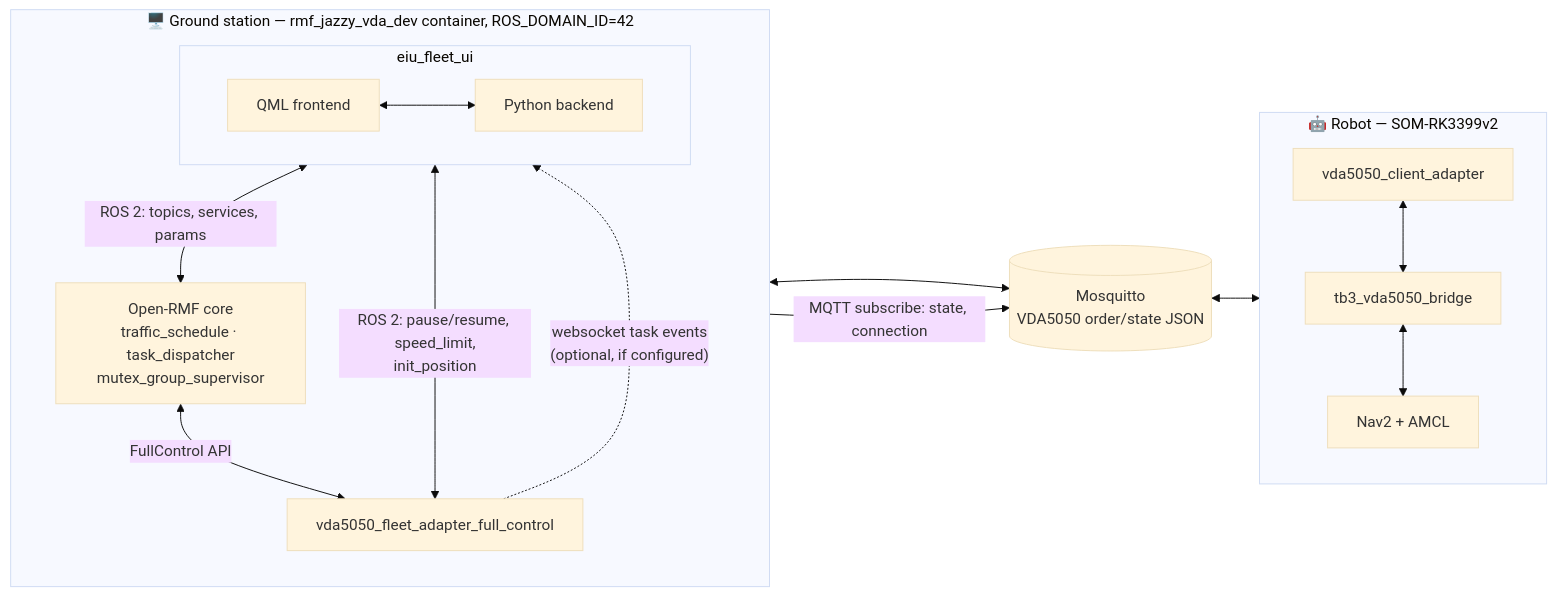
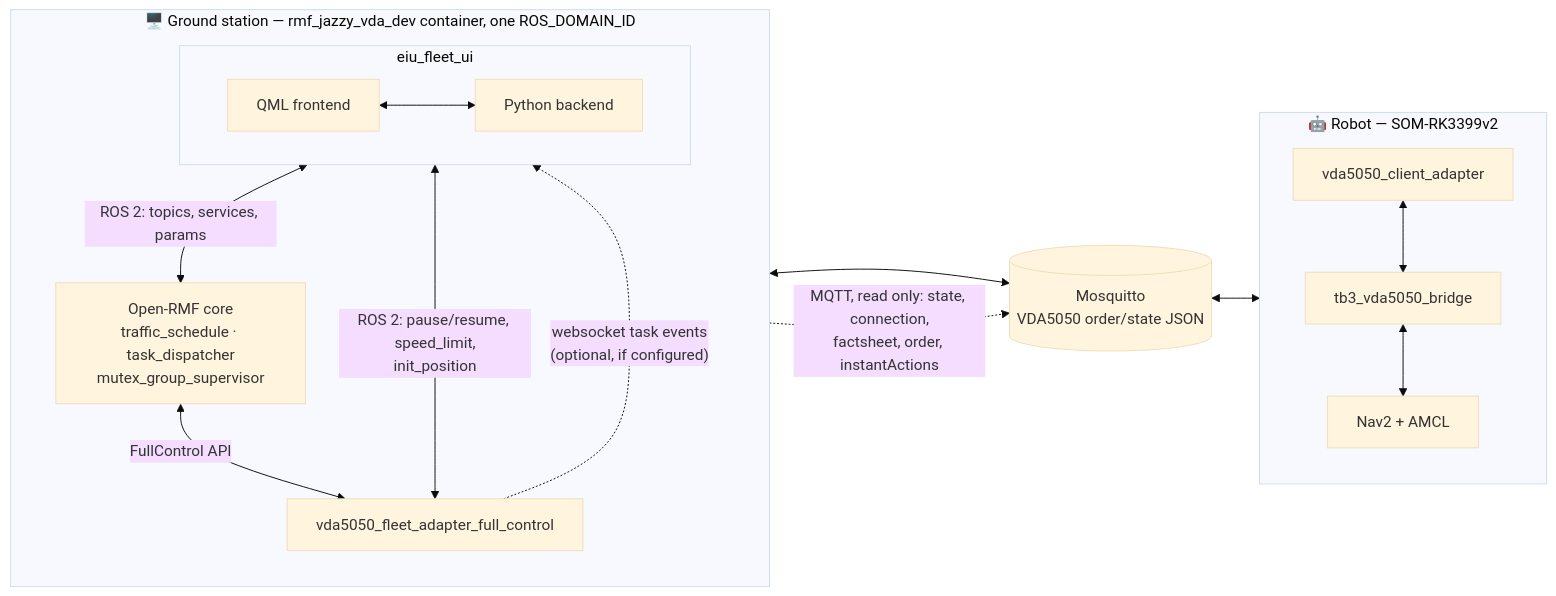
The first of 6 diagrams in eiu_fleet_ui/docs/architecture.md (NhatTran-97/eiu-vda5050-support-open-rmf), drawn with Mermaid (base theme) before and after one commit. The commit also changed other lines of this file and 23 other files, not shown here.

````diff
--- a/eiu_fleet_ui/docs/architecture.md
+++ b/eiu_fleet_ui/docs/architecture.md
@@ -32,33 +17,33 @@
 ```mermaid
 flowchart LR
-    subgraph GS ["🖥️ Ground station — rmf_jazzy_vda_dev container, ROS_DOMAIN_ID=42"]
+    subgraph GS ["🖥️ Ground station — rmf_jazzy_vda_dev container, one ROS_DOMAIN_ID"]
         direction TB
         subgraph UI ["eiu_fleet_ui"]
             direction LR
             QML["QML frontend"]
             PY["Python backend"]
             QML <--> PY
         end
         RMF["Open-RMF core\ntraffic_schedule · task_dispatcher\nmutex_group_supervisor"]
         FA["vda5050_fleet_adapter_full_control"]
     end
 
     MQ[("Mosquitto\nVDA5050 order/state JSON")]
 
     subgraph RB ["🤖 Robot — SOM-RK3399v2"]
         direction TB
         CA["vda5050_client_adapter"]
         BR["tb3_vda5050_bridge"]
         N2["Nav2 + AMCL"]
         CA <--> BR
         BR <--> N2
     end
 
     PY <-->|"ROS 2: topics, services, params"| RMF
     PY <-->|"ROS 2: pause/resume, speed_limit,\ninit_position"| FA
     RMF <-->|FullControl API| FA
     FA <--> MQ
     MQ <--> CA
     FA -.->|"websocket task events\n(optional, if configured)"| PY
-    PY -->|MQTT subscribe: state, connection| MQ
+    PY -.->|"MQTT, read only: state, connection,\nfactsheet, order, instantActions"| MQ
 ```
````
